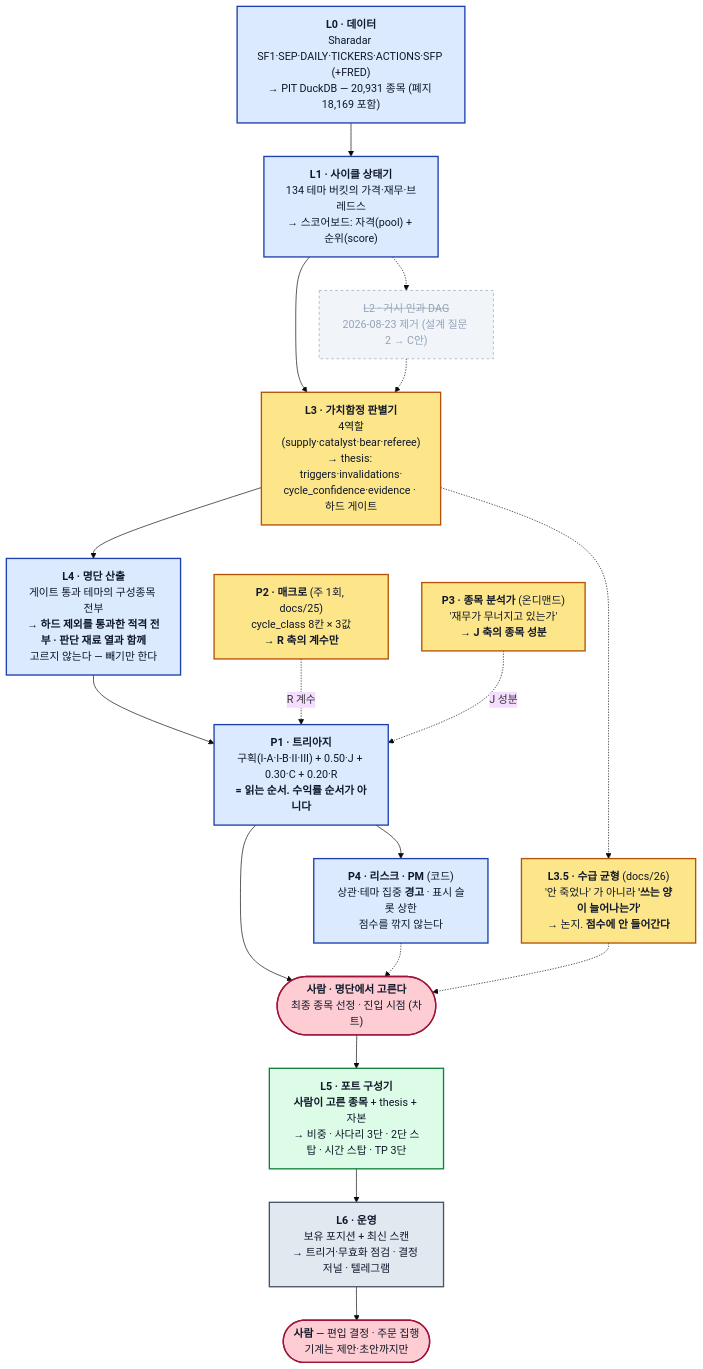
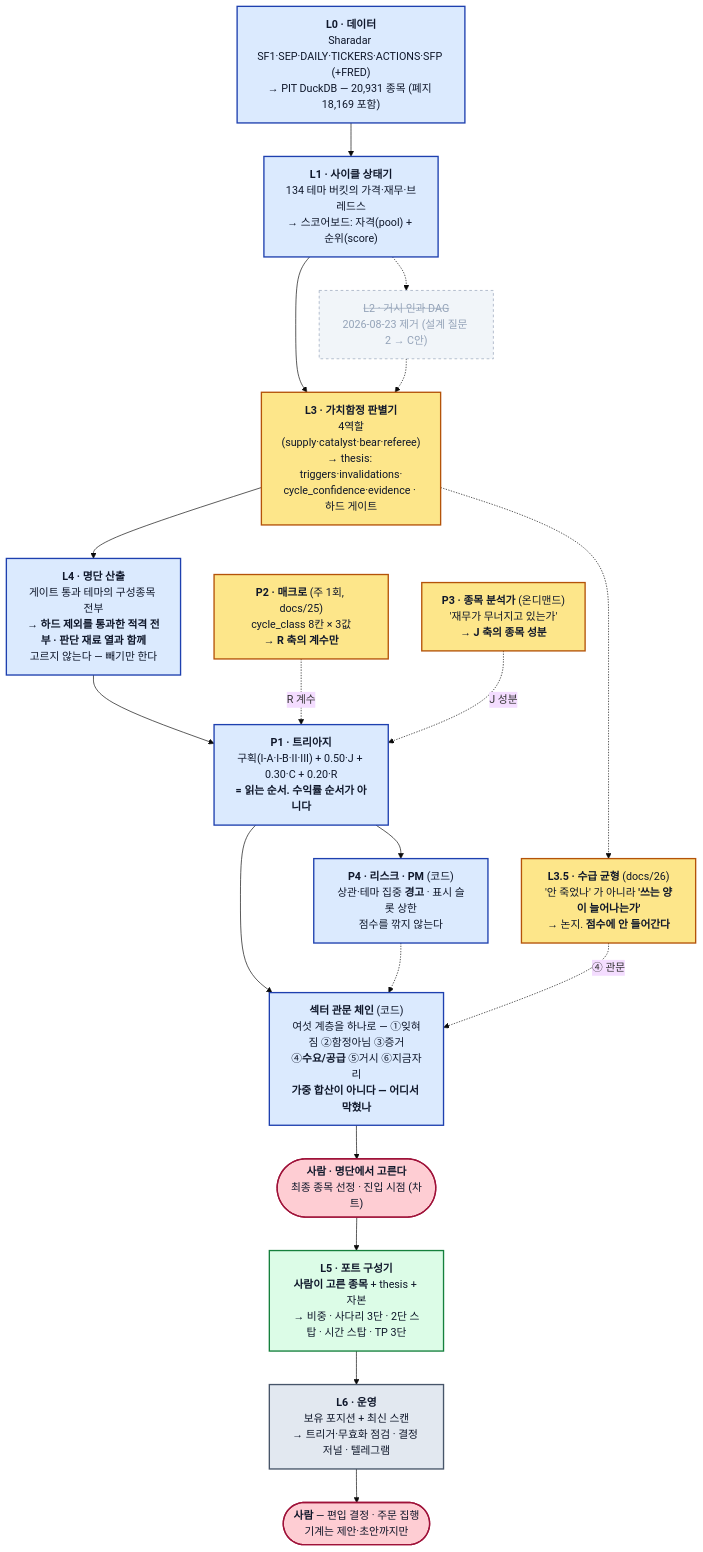
The first of 2 diagrams in README.md (younghwan91/macro-sector-agent), drawn with Mermaid (base theme) before and after one commit. The commit also changed other lines of this file, not shown here.

Commit message:
README 다이어그램에 섹터 관문 체인 — 축약 에이전트가 시작한 뒤에 만든 계층
에이전트가 88KB → 51KB 로 줄이는 동안 관문 체인(msa.sector)이 생겼다. 다이어그램에
그것이 빠져 있으면 '여섯 계층이 어디서 하나로 합쳐지는가' 가 안 보인다.

가중 합산이 아니라는 사실도 함께 적었다 — 합치는 순간 docs/15 가 죽인 종합 점수의
재발이고, 새 상수를 하나도 만들지 않는다는 것이 이 계층의 성립 조건이다.

Claude-Session: https://claude.ai/code/session_01FpJRGmbSrerfUjyLXpgLFE

````diff
--- a/README.md
+++ b/README.md
@@ -70,38 +70,39 @@
 ```mermaid
 flowchart TD
     L0["<b>L0 · 데이터</b><br/>Sharadar SF1·SEP·DAILY·TICKERS·ACTIONS·SFP (+FRED)<br/>→ PIT DuckDB — 20,931 종목 (폐지 18,169 포함)"]
     L1["<b>L1 · 사이클 상태기</b><br/>134 테마 버킷의 가격·재무·브레드스<br/>→ 스코어보드: 자격(pool) + 순위(score)"]
     L2["<s>L2 · 거시 인과 DAG</s><br/>2026-08-23 제거 (설계 질문 2 → C안)"]
     L3["<b>L3 · 가치함정 판별기</b><br/>4역할(supply·catalyst·bear·referee)<br/>→ thesis: triggers·invalidations·<br/>cycle_confidence·evidence · 하드 게이트"]
     L35["<b>L3.5 · 수급 균형</b> (docs/26)<br/>'안 죽었나' 가 아니라 <b>'쓰는 양이 늘어나는가'</b><br/>→ 논지. <b>점수에 안 들어간다</b>"]
     L4["<b>L4 · 명단 산출</b><br/>게이트 통과 테마의 구성종목 전부<br/>→ <b>하드 제외를 통과한 적격 전부 · 판단 재료 열과 함께</b><br/>고르지 않는다 — 빼기만 한다"]
     P1["<b>P1 · 트리아지</b><br/>구획(I-A·I-B·II·III) + 0.50·J + 0.30·C + 0.20·R<br/><b>= 읽는 순서. 수익률 순서가 아니다</b>"]
     P2["<b>P2 · 매크로</b> (주 1회, docs/25)<br/>cycle_class 8칸 × 3값<br/>→ <b>R 축의 계수만</b>"]
     P3["<b>P3 · 종목 분석가</b> (온디맨드)<br/>'재무가 무너지고 있는가'<br/>→ <b>J 축의 종목 성분</b>"]
     P4["<b>P4 · 리스크 · PM</b> (코드)<br/>상관·테마 집중 <b>경고</b> · 표시 슬롯 상한<br/>점수를 깎지 않는다"]
+    SG["<b>섹터 관문 체인</b> (코드)<br/>여섯 계층을 하나로 — ①잊혀짐 ②함정아님 ③증거<br/>④<b>수요/공급</b> ⑤거시 ⑥지금자리<br/><b>가중 합산이 아니다 — 어디서 막혔나</b>"]
     HP(["<b>사람 · 명단에서 고른다</b><br/>최종 종목 선정 · 진입 시점 (차트)"])
     L5["<b>L5 · 포트 구성기</b><br/><b>사람이 고른 종목</b> + thesis + 자본<br/>→ 비중 · 사다리 3단 · 2단 스탑 · 시간 스탑 · TP 3단"]
     L6["<b>L6 · 운영</b><br/>보유 포지션 + 최신 스캔<br/>→ 트리거·무효화 점검 · 결정 저널 · 텔레그램"]
     H(["<b>사람</b> — 편입 결정 · 주문 집행<br/>기계는 제안·초안까지만"])
 
-    L0 --> L1 --> L3 --> L4 --> P1 --> HP --> L5 --> L6 --> H
-    L3 -.-> L35 -.-> HP
+    L0 --> L1 --> L3 --> L4 --> P1 --> SG --> HP --> L5 --> L6 --> H
+    L3 -.-> L35 -.->|"④ 관문"| SG
     P2 -.->|"R 계수"| P1
     P3 -.->|"J 성분"| P1
-    P1 --> P4 -.-> HP
+    P1 --> P4 -.-> SG
     L1 -.-> L2 -.-> L3
 
     classDef code fill:#dbeafe,stroke:#1e40af,stroke-width:2px,color:#0f172a
     classDef llm fill:#fde68a,stroke:#b45309,stroke-width:2px,color:#0f172a
     classDef opt fill:#dcfce7,stroke:#15803d,stroke-width:2px,color:#0f172a
     classDef ops fill:#e2e8f0,stroke:#475569,stroke-width:2px,color:#0f172a
     classDef gone fill:#f1f5f9,stroke:#94a3b8,stroke-dasharray:4 4,color:#94a3b8
     classDef human fill:#fecdd3,stroke:#9f1239,stroke-width:2px,color:#0f172a
 
-    class L0,L1,L4,P1,P4 code
+    class L0,L1,L4,P1,P4,SG code
     class L3,L35,P2,P3 llm
     class L5 opt
     class L6 ops
     class L2 gone
     class H,HP human
 ```
````
